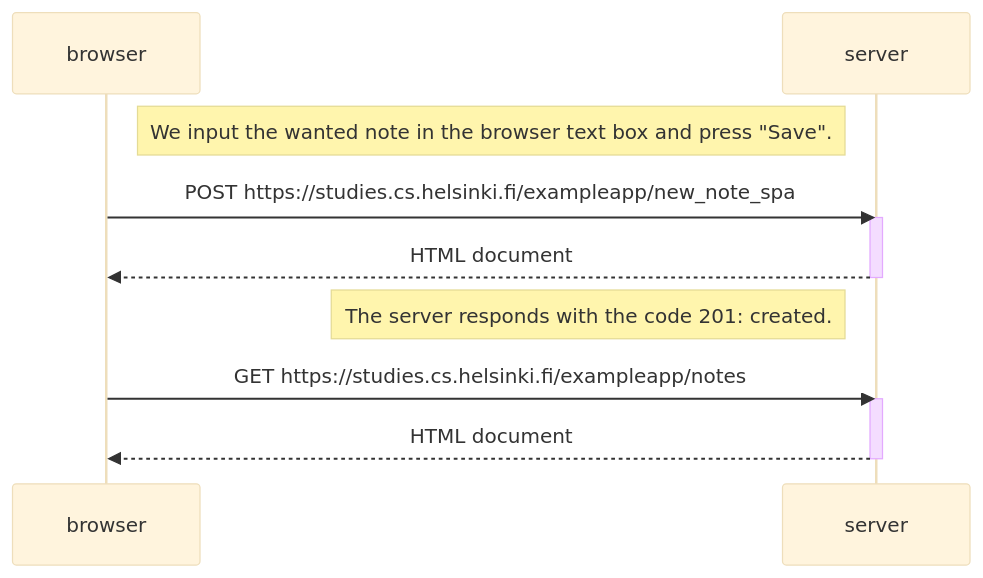
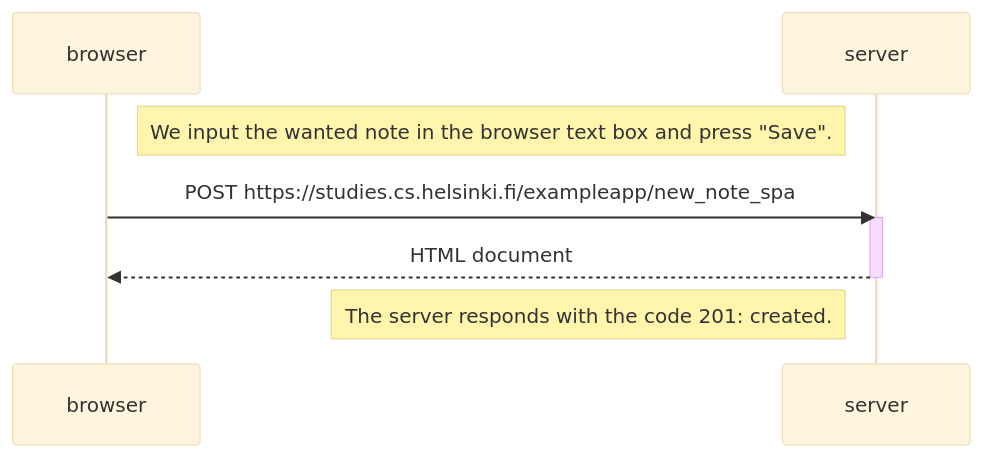
Before and after one commit to karlo-kormanic/Fullstack_open: the diagram in part 0/diagramSinglePage.md, drawn with Mermaid (base theme).

Commit message:
Single page diagram edit

````diff
--- a/part 0/diagramSinglePage.md
+++ b/part 0/diagramSinglePage.md
@@ -1,20 +1,14 @@
 ```mermaid
   sequenceDiagram
     participant browser
     participant server
 
     Note right of browser: We input the wanted note in the browser text box and press "Save".
     
     browser->>server: POST https://studies.cs.helsinki.fi/exampleapp/new_note_spa
     activate server
     server-->>browser: HTML document
     deactivate server
 
     Note left of server: The server responds with the code 201: created.
-
-    browser->>server: GET https://studies.cs.helsinki.fi/exampleapp/notes
-    activate server
-    server-->>browser: HTML document
-    deactivate server
-
 ```
````
